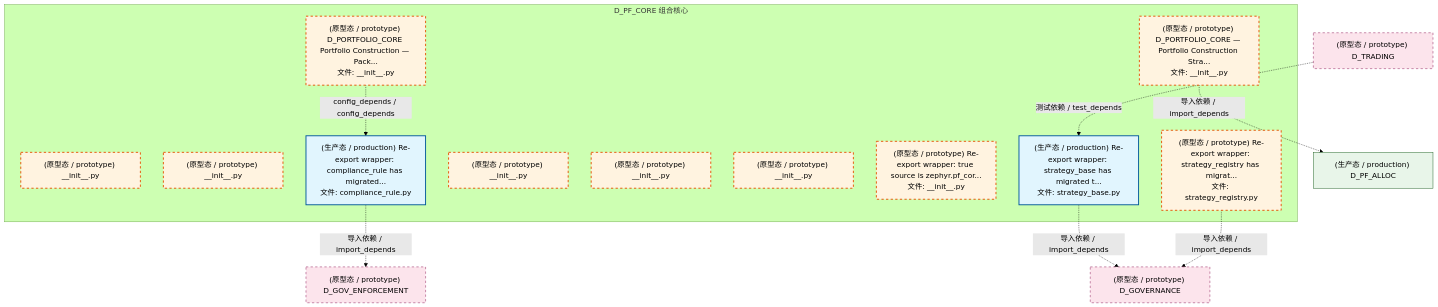
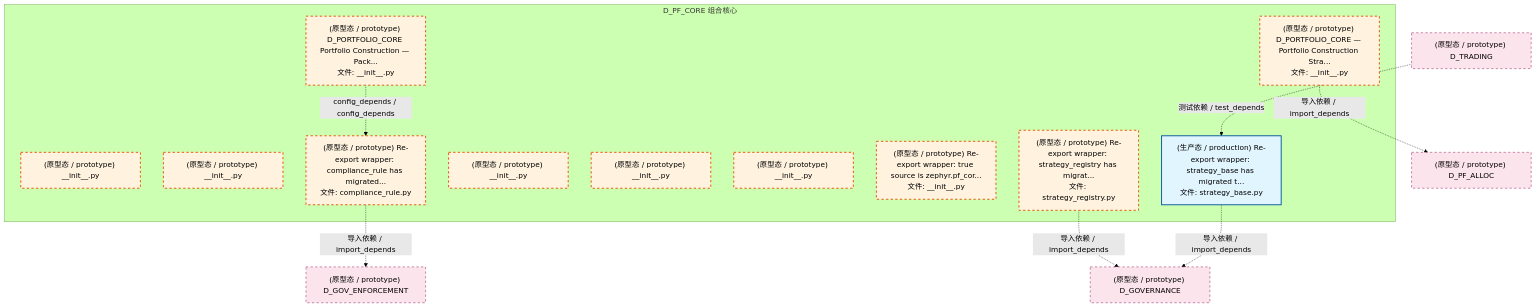
Before and after one commit to xuanFelixVan/ZephyrAlpha: the first of 4 diagrams in docs/02_enterprise_architecture/02_domain_architecture_docs/52_d_pf_core.md, drawn with Mermaid (forest theme). The commit also changed other lines of this file and 126 other files, not shown here.

````diff
--- a/docs/02_enterprise_architecture/02_domain_architecture_docs/52_d_pf_core.md
+++ b/docs/02_enterprise_architecture/02_domain_architecture_docs/52_d_pf_core.md
@@ -74,34 +74,33 @@
 ```mermaid
 graph TD
     subgraph D_PF_CORE["D_PF_CORE 组合核心"]
         src_zephyr_pf_core_init_py["(原型态 / prototype) D_PORTFOLIO_CORE Portfolio Construction — Pack...<br/>文件: __init__.py"]
         src_zephyr_pf_core_extensions_init_py["(原型态 / prototype) __init__.py"]
         src_zephyr_pf_core_api_init_py["(原型态 / prototype) __init__.py"]
-        src_zephyr_pf_core_compliance_rule_py["(生产态 / production) Re-export wrapper: compliance_rule has migrated...<br/>文件: compliance_rule.py"]
+        src_zephyr_pf_core_compliance_rule_py["(原型态 / prototype) Re-export wrapper: compliance_rule has migrated...<br/>文件: compliance_rule.py"]
         src_zephyr_pf_core_core_init_py["(原型态 / prototype) __init__.py"]
         src_zephyr_pf_core_infrastructure_init_py["(原型态 / prototype) __init__.py"]
         src_zephyr_pf_core_services_init_py["(原型态 / prototype) __init__.py"]
         src_zephyr_pf_core_strategies_init_py["(原型态 / prototype) Re-export wrapper: true source is zephyr.pf_cor...<br/>文件: __init__.py"]
         src_zephyr_pf_core_strategy_base_py["(生产态 / production) Re-export wrapper: strategy_base has migrated t...<br/>文件: strategy_base.py"]
         src_zephyr_pf_core_strategy_engine_init_py["(原型态 / prototype) D_PORTFOLIO_CORE — Portfolio Construction Stra...<br/>文件: __init__.py"]
         src_zephyr_pf_core_strategy_registry_py["(原型态 / prototype) Re-export wrapper: strategy_registry has migrat...<br/>文件: strategy_registry.py"]
     end
     src_zephyr_pf_core_init_py -.->|config_depends / config_depends| src_zephyr_pf_core_compliance_rule_py
+    D_GOVERNANCE["(原型态 / prototype) D_GOVERNANCE"]
+    src_zephyr_pf_core_strategy_registry_py -.->|导入依赖 / import_depends| D_GOVERNANCE
+    src_zephyr_pf_core_strategy_base_py -.->|导入依赖 / import_depends| D_GOVERNANCE
     D_GOV_ENFORCEMENT["(原型态 / prototype) D_GOV_ENFORCEMENT"]
     src_zephyr_pf_core_compliance_rule_py -.->|导入依赖 / import_depends| D_GOV_ENFORCEMENT
-    D_GOVERNANCE["(原型态 / prototype) D_GOVERNANCE"]
-    src_zephyr_pf_core_strategy_base_py -.->|导入依赖 / import_depends| D_GOVERNANCE
-    src_zephyr_pf_core_strategy_registry_py -.->|导入依赖 / import_depends| D_GOVERNANCE
-    D_PF_ALLOC["(生产态 / production) D_PF_ALLOC"]
+    D_PF_ALLOC["(原型态 / prototype) D_PF_ALLOC"]
     src_zephyr_pf_core_strategy_engine_init_py -.->|导入依赖 / import_depends| D_PF_ALLOC
     D_TRADING["(原型态 / prototype) D_TRADING"]
     D_TRADING -.->|测试依赖 / test_depends| src_zephyr_pf_core_strategy_base_py
     classDef production fill:#e1f5fe,stroke:#01579b,stroke-width:2px,color:#000
     classDef design fill:#fff3e0,stroke:#e65100,stroke-width:2px,color:#000,stroke-dasharray: 5 5
     classDef external_prod fill:#e8f5e9,stroke:#1b5e20,stroke-width:1px,color:#000
     classDef external_design fill:#fce4ec,stroke:#880e4f,stroke-width:1px,color:#000,stroke-dasharray: 5 5
-    class src_zephyr_pf_core_compliance_rule_py,src_zephyr_pf_core_strategy_base_py production
-    class src_zephyr_pf_core_init_py,src_zephyr_pf_core_extensions_init_py,src_zephyr_pf_core_api_init_py,src_zephyr_pf_core_core_init_py,src_zephyr_pf_core_infrastructure_init_py,src_zephyr_pf_core_services_init_py,src_zephyr_pf_core_strategies_init_py,src_zephyr_pf_core_strategy_engine_init_py,src_zephyr_pf_core_strategy_registry_py design
-    class D_PF_ALLOC external_prod
-    class D_GOV_ENFORCEMENT,D_GOVERNANCE,D_TRADING external_design
+    class src_zephyr_pf_core_strategy_base_py production
+    class src_zephyr_pf_core_init_py,src_zephyr_pf_core_extensions_init_py,src_zephyr_pf_core_api_init_py,src_zephyr_pf_core_compliance_rule_py,src_zephyr_pf_core_core_init_py,src_zephyr_pf_core_infrastructure_init_py,src_zephyr_pf_core_services_init_py,src_zephyr_pf_core_strategies_init_py,src_zephyr_pf_core_strategy_engine_init_py,src_zephyr_pf_core_strategy_registry_py design
+    class D_GOVERNANCE,D_GOV_ENFORCEMENT,D_PF_ALLOC,D_TRADING external_design
 ```
````
